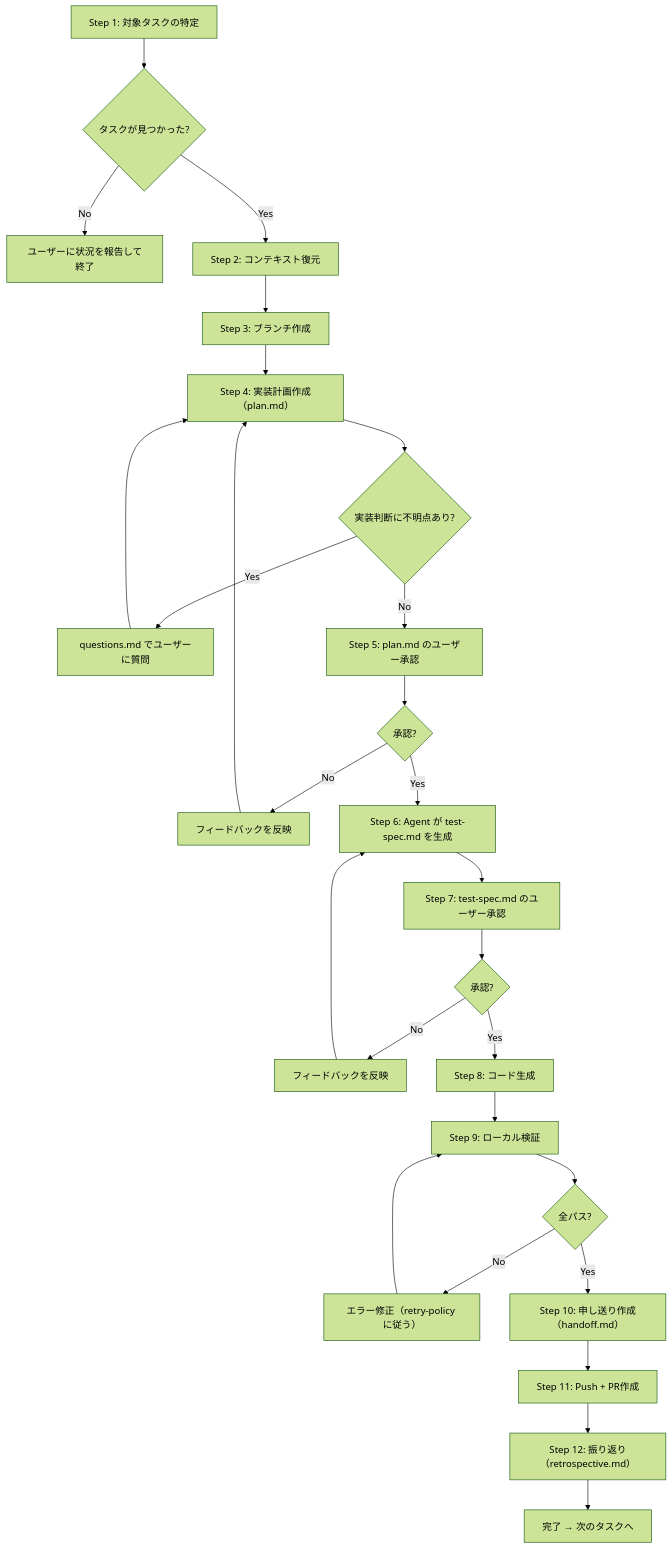
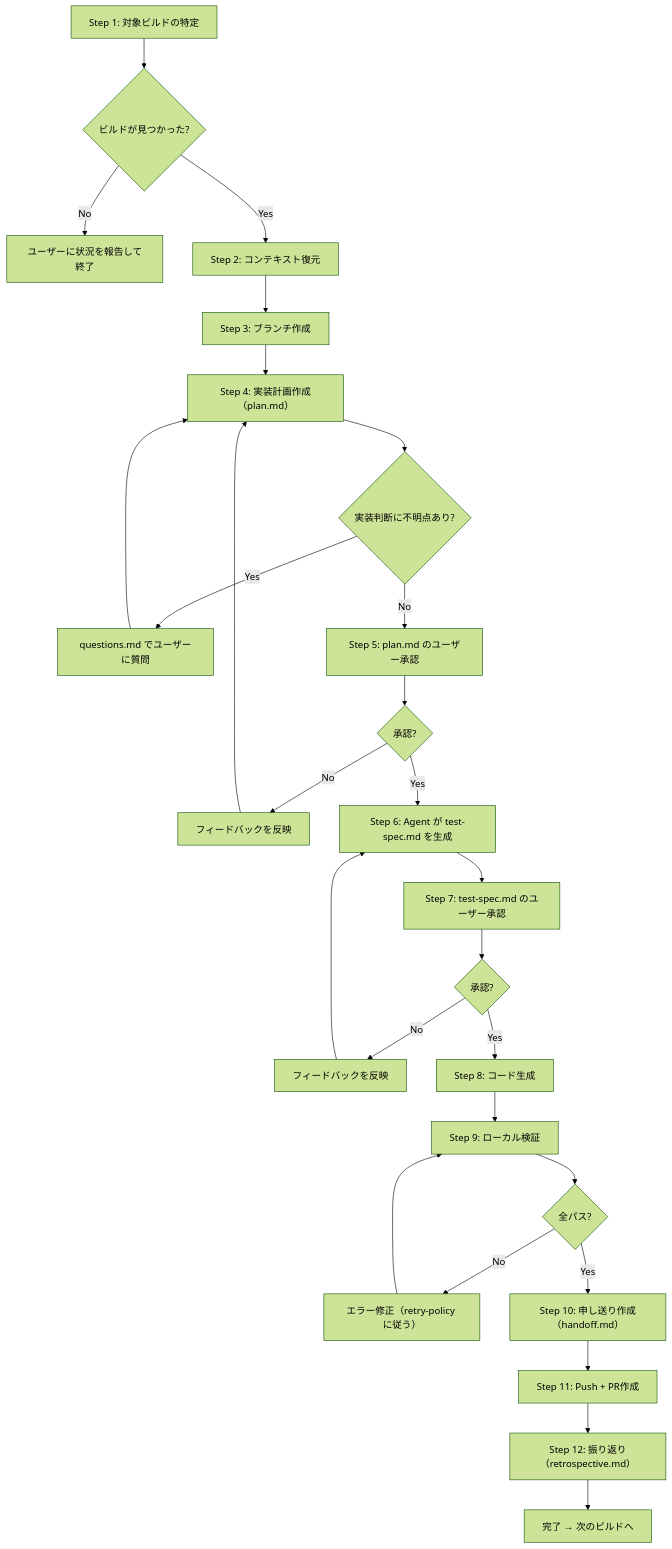
Before and after one commit to tak-solder/hikyaku: the diagram in skills/hikyaku-builder/SKILL.md, drawn with Mermaid (forest theme). The commit also changed other lines of this file and 7 other files, not shown here.

````diff
--- a/skills/hikyaku-builder/SKILL.md
+++ b/skills/hikyaku-builder/SKILL.md
@@ -102,32 +102,32 @@
 ```mermaid
 flowchart TD
-    S1["Step 1: 対象タスクの特定"] --> S1a{"タスクが見つかった?"}
+    S1["Step 1: 対象ビルドの特定"] --> S1a{"ビルドが見つかった?"}
     S1a -- No --> S1b["ユーザーに状況を報告して終了"]
     S1a -- Yes --> S2["Step 2: コンテキスト復元"]
     S2 --> S3["Step 3: ブランチ作成"]
     S3 --> S4["Step 4: 実装計画作成（plan.md）"]
 
     S4 --> S4a{"実装判断に不明点あり?"}
     S4a -- Yes --> S4b["questions.md でユーザーに質問"]
     S4b --> S4
     S4a -- No --> S5["Step 5: plan.md のユーザー承認"]
 
     S5 --> S5a{"承認?"}
     S5a -- No --> S5b["フィードバックを反映"]
     S5b --> S4
     S5a -- Yes --> S6["Step 6: Agent が test-spec.md を生成"]
     S6 --> S7["Step 7: test-spec.md のユーザー承認"]
 
     S7 --> S7a{"承認?"}
     S7a -- No --> S7b["フィードバックを反映"]
     S7b --> S6
     S7a -- Yes --> S8["Step 8: コード生成"]
     S8 --> S9["Step 9: ローカル検証"]
     S9 --> S9a{"全パス?"}
     S9a -- No --> S9b["エラー修正（retry-policy に従う）"]
     S9b --> S9
     S9a -- Yes --> S10["Step 10: 申し送り作成（handoff.md）"]
     S10 --> S11["Step 11: Push + PR作成"]
     S11 --> S12["Step 12: 振り返り（retrospective.md）"]
-    S12 --> Done["完了 → 次のタスクへ"]
+    S12 --> Done["完了 → 次のビルドへ"]
 ```
````
